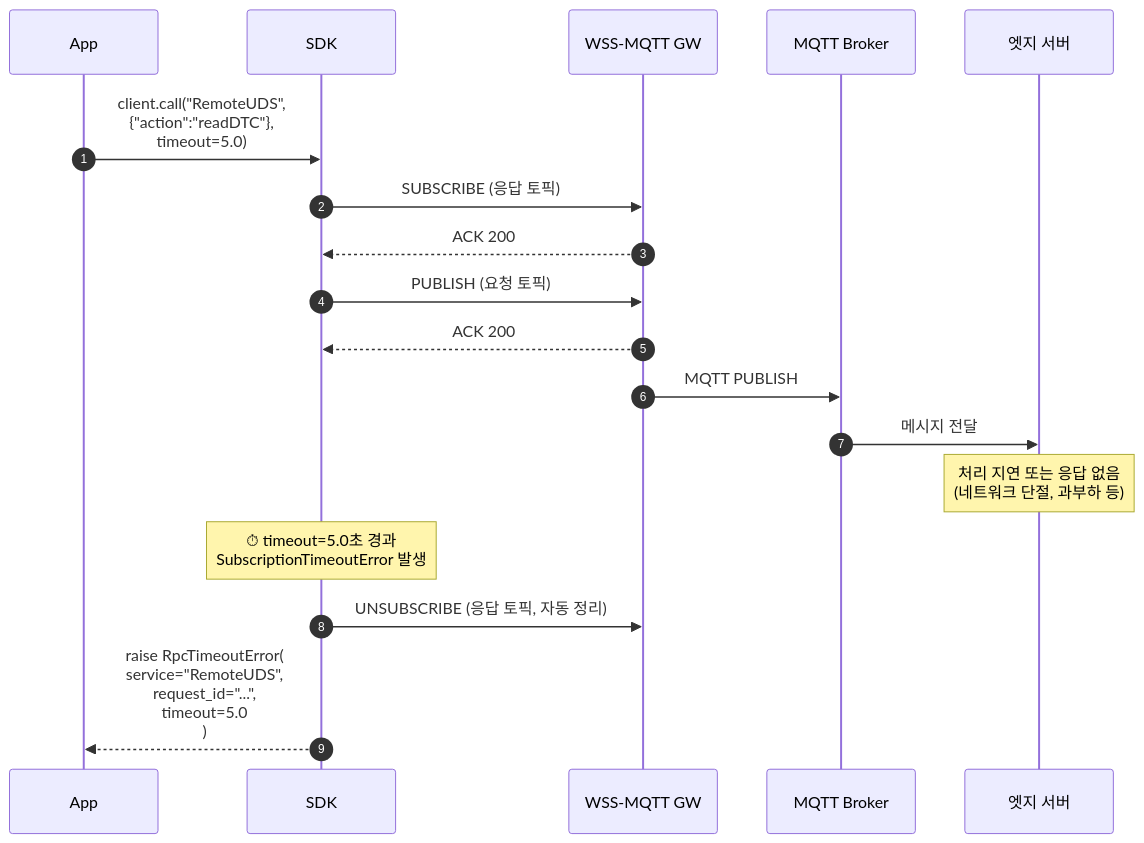
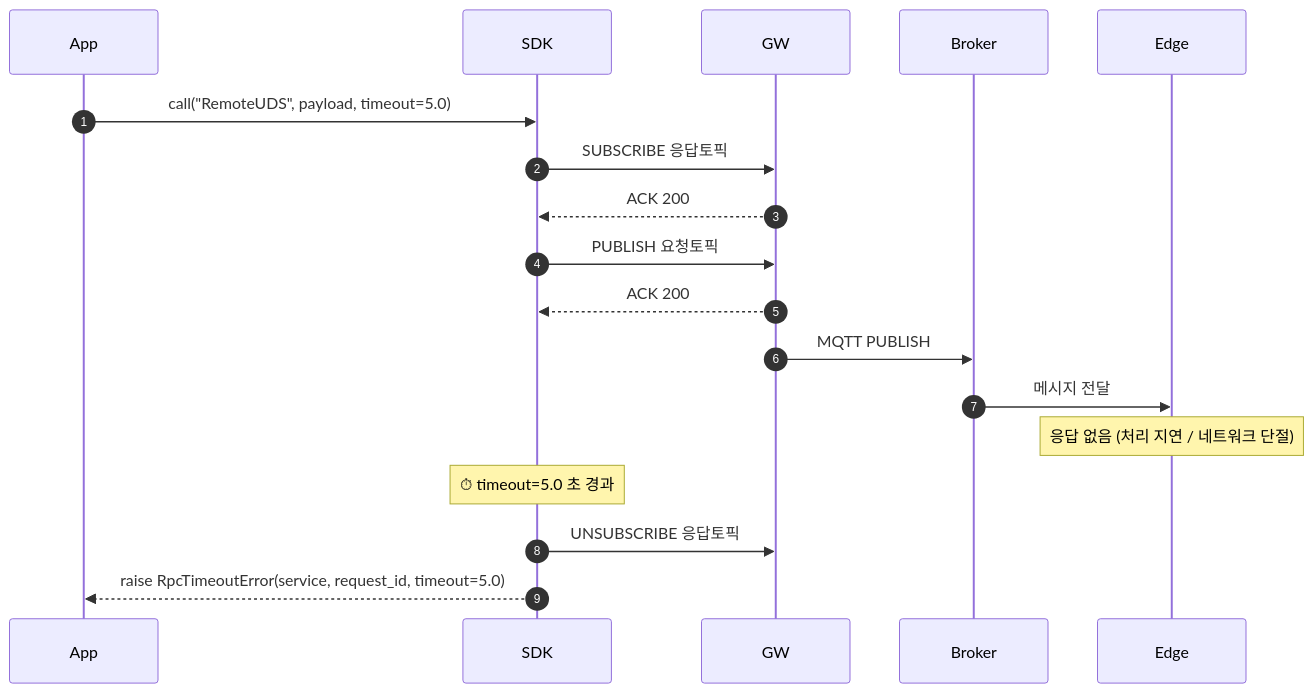
The third of 11 diagrams in docs/RPC_SEQUENCE_DIAGRAMS.md (DongEunKim/MQTT-WSS-API), drawn with Mermaid before and after one commit. The commit also changed other lines of this file, not shown here.

First line of the commit message:
docs: RPC 시퀀스 다이어그램 가독성 개선 (화살표 레이블 축약, 사양 분리)

````diff
--- a/docs/RPC_SEQUENCE_DIAGRAMS.md
+++ b/docs/RPC_SEQUENCE_DIAGRAMS.md
@@ -175,25 +146,23 @@
 ```mermaid
 sequenceDiagram
     autonumber
     participant App
     participant SDK
-    participant GW as WSS-MQTT GW
-    participant Broker as MQTT Broker
-    participant Edge as 엣지 서버
+    participant GW
+    participant Broker
+    participant Edge
 
-    App->>SDK: client.call("RemoteUDS",<br/>{"action":"readDTC"},<br/>timeout=5.0)
-
-    SDK->>GW: SUBSCRIBE (응답 토픽)
+    App->>SDK: call("RemoteUDS", payload, timeout=5.0)
+    SDK->>GW: SUBSCRIBE 응답토픽
     GW-->>SDK: ACK 200
-    SDK->>GW: PUBLISH (요청 토픽)
+    SDK->>GW: PUBLISH 요청토픽
     GW-->>SDK: ACK 200
     GW->>Broker: MQTT PUBLISH
     Broker->>Edge: 메시지 전달
 
-    Note over Edge: 처리 지연 또는 응답 없음<br/>(네트워크 단절, 과부하 등)
+    Note over Edge: 응답 없음 (처리 지연 / 네트워크 단절)
+    Note over SDK: ⏱ timeout=5.0 초 경과
 
-    Note over SDK: ⏱ timeout=5.0초 경과<br/>SubscriptionTimeoutError 발생
-
-    SDK->>GW: UNSUBSCRIBE (응답 토픽, 자동 정리)
-    SDK-->>App: raise RpcTimeoutError(<br/>  service="RemoteUDS",<br/>  request_id="...",<br/>  timeout=5.0<br/>)
+    SDK->>GW: UNSUBSCRIBE 응답토픽
+    SDK-->>App: raise RpcTimeoutError(service, request_id, timeout=5.0)
 ```
````
